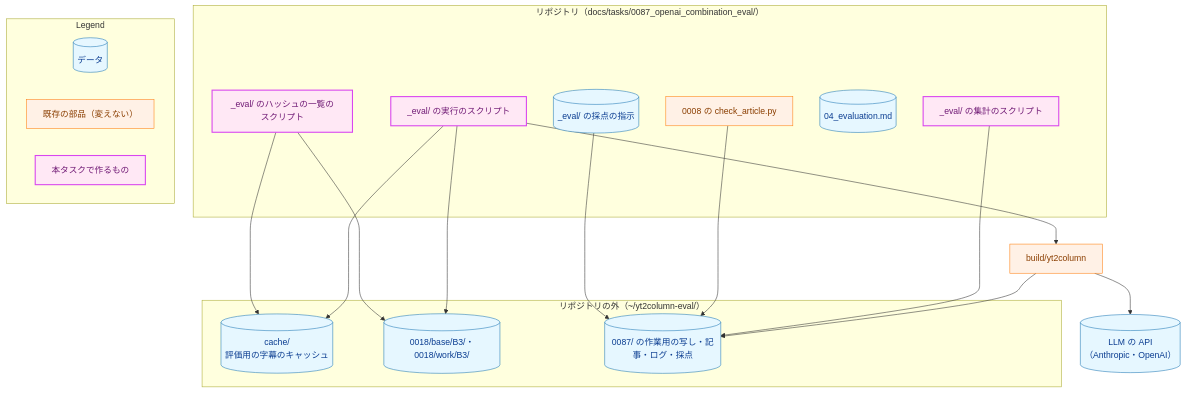
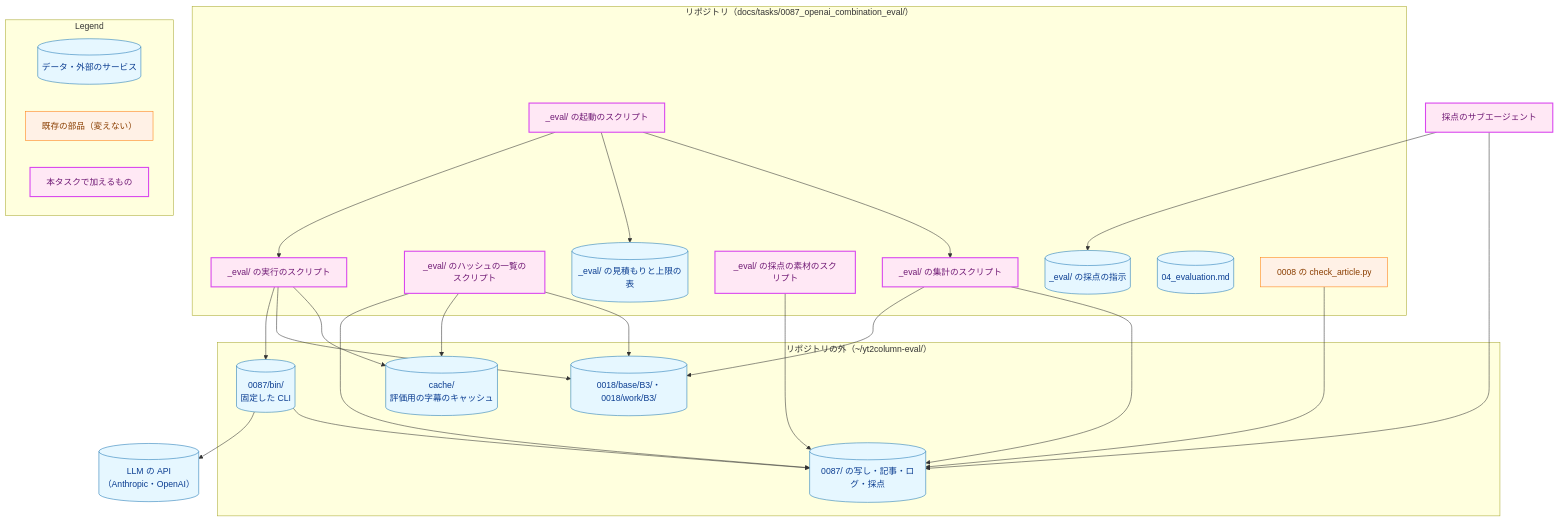
One commit to isseis/yt2column changed the second of 6 diagrams in docs/tasks/0087_openai_combination_eval/02_architecture.md. Above: the diagram before and after it, drawn with Mermaid. The commit also changed other lines of this file, not shown here.

First line of the commit message:
docs(0087): address the architecture review and the prose pass

````diff
--- a/docs/tasks/0087_openai_combination_eval/02_architecture.md
+++ b/docs/tasks/0087_openai_combination_eval/02_architecture.md
@@ -114,48 +115,59 @@
 ```mermaid
 flowchart TB
     classDef data fill:#e6f7ff,stroke:#1f77b4,stroke-width:1px,color:#0b3d91;
     classDef process fill:#fff1e6,stroke:#ff7f0e,stroke-width:1px,color:#8a3e00;
     classDef newpkg fill:#ffe8f5,stroke:#d946ef,stroke-width:2px,color:#701a75;
 
     subgraph Repo["リポジトリ（docs/tasks/0087_openai_combination_eval/）"]
+        LAUNCH["_eval/ の起動のスクリプト"]
         RUN["_eval/ の実行のスクリプト"]
         SNAP["_eval/ のハッシュの一覧のスクリプト"]
         AGG["_eval/ の集計のスクリプト"]
+        MAT["_eval/ の採点の素材のスクリプト"]
+        BOUND[("_eval/ の見積もりと上限の表")]
         PROMPT[("_eval/ の採点の指示")]
         REC[("04_evaluation.md")]
         CHECK["0008 の check_article.py"]
     end
 
     subgraph Outside["リポジトリの外（~/yt2column-eval/）"]
         CACHE[("cache/<br>評価用の字幕のキャッシュ")]
         B3[("0018/base/B3/・0018/work/B3/")]
-        WORK[("0087/ の作業用の写し・記事・ログ・採点")]
+        WORK[("0087/ の写し・記事・ログ・採点")]
+        BIN[("0087/bin/<br>固定した CLI")]
     end
 
-    CLI["build/yt2column"]
+    SCORER["採点のサブエージェント"]
     API[("LLM の API<br>（Anthropic・OpenAI）")]
 
-    RUN --> CLI
+    LAUNCH --> AGG
+    LAUNCH --> BOUND
+    LAUNCH --> RUN
     RUN --> CACHE
     RUN --> B3
-    CLI --> WORK
-    CLI --> API
+    RUN --> BIN
+    BIN --> WORK
+    BIN --> API
     SNAP --> B3
     SNAP --> CACHE
+    SNAP --> WORK
     AGG --> WORK
+    AGG --> B3
     CHECK --> WORK
-    PROMPT --> WORK
+    MAT --> WORK
+    SCORER --> PROMPT
+    SCORER --> WORK
 
-    class PROMPT,REC,CACHE,B3,WORK,API data
-    class CLI,CHECK process
-    class RUN,SNAP,AGG newpkg
+    class BOUND,PROMPT,REC,CACHE,B3,WORK,BIN,API data
+    class CHECK process
+    class LAUNCH,RUN,SNAP,AGG,MAT,SCORER newpkg
 
     subgraph Legend["Legend"]
-        L1[("データ")]
+        L1[("データ・外部のサービス")]
         L2["既存の部品（変えない）"]
-        L3["本タスクで作るもの"]
+        L3["本タスクで加えるもの"]
     end
     class L1 data
     class L2 process
     class L3 newpkg
 ```
````
